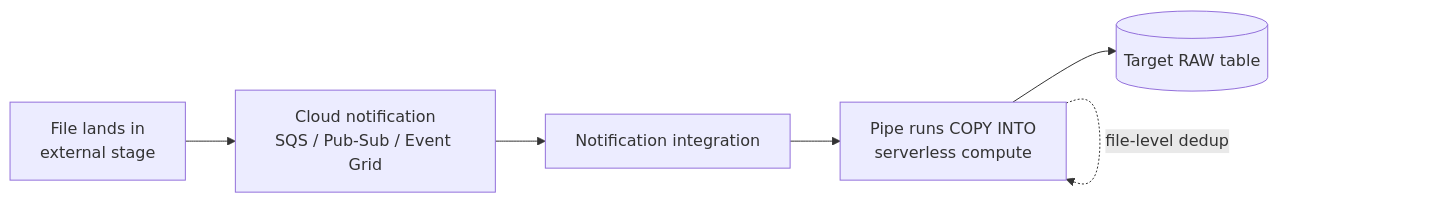
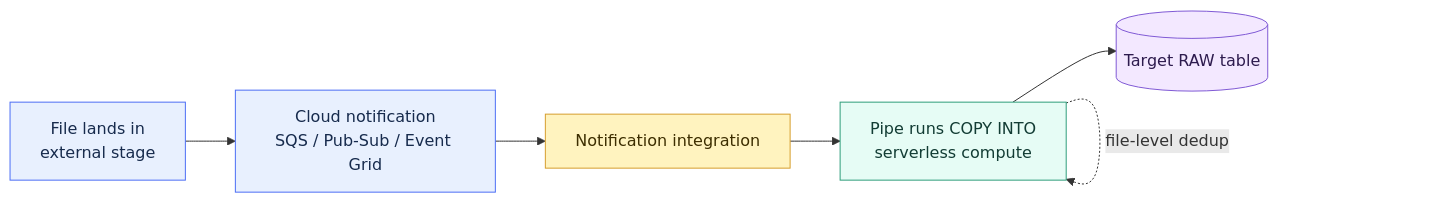
One commit to shonningsoy/Upskill changed the diagram in 01 Snowflake/04 Data Engineering/22 Snowpipe.md. Above: the diagram before and after it, drawn with Mermaid. The commit also changed other lines of this file and 14 other files, not shown here.

````diff
--- a/01 Snowflake/04 Data Engineering/22 Snowpipe.md
+++ b/01 Snowflake/04 Data Engineering/22 Snowpipe.md
@@ -62,8 +65,18 @@
 ```mermaid
 flowchart LR
     F[File lands in<br/>external stage] --> N[Cloud notification<br/>SQS / Pub-Sub / Event Grid]
     N --> NI[Notification integration]
     NI --> P[Pipe runs COPY INTO<br/>serverless compute]
     P --> T[(Target RAW table)]
     P -.file-level dedup.-> P
+
+    classDef input fill:#E8F0FE,stroke:#4C6EF5,color:#172B4D
+    classDef control fill:#FFF3BF,stroke:#D69E2E,color:#3D2E00
+    classDef snowflake fill:#E6FCF5,stroke:#2F9E7B,color:#123C34
+    classDef platform fill:#F1F3F5,stroke:#868E96,color:#212529
+    classDef output fill:#F3E8FF,stroke:#805AD5,color:#2D1B4E
+    class F,N input
+    class NI control
+    class P snowflake
+    class T output
 ```
````
